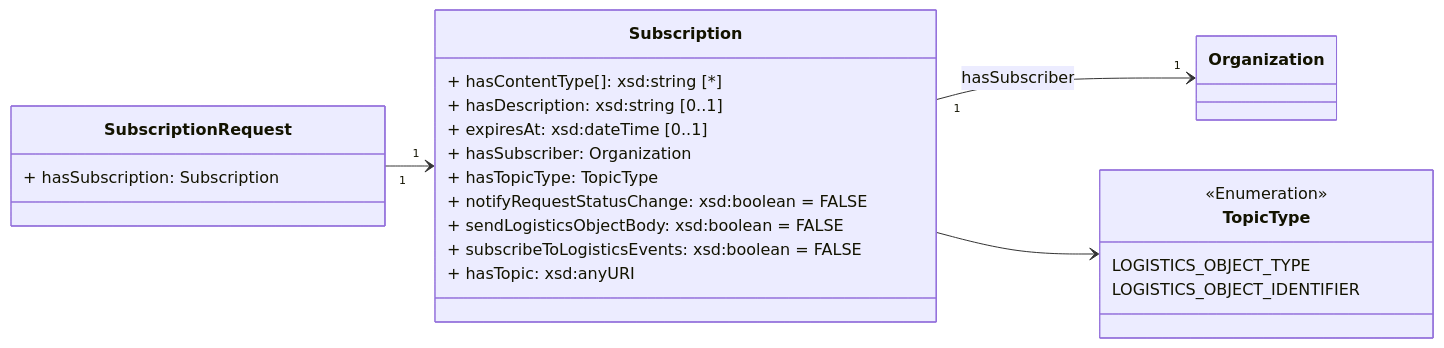
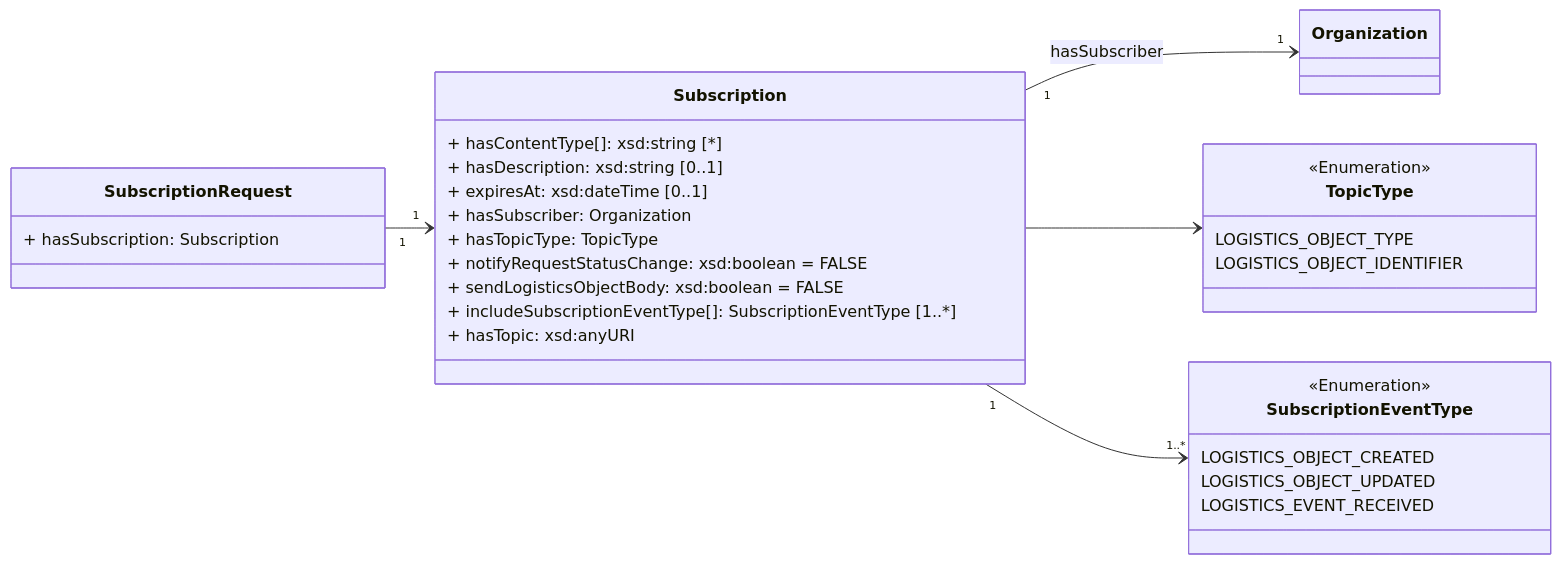
The first of 3 diagrams in working_draft/API/docs/subscriptions.md (ddoeppner/ONE-Record), drawn with Mermaid before and after one commit. The commit also changed other lines of this file and 19 other files, not shown here.

Commit message:
Add includeSubscriptionEventType to subscription

````diff
--- a/working_draft/API/docs/subscriptions.md
+++ b/working_draft/API/docs/subscriptions.md
@@ -25,32 +25,40 @@
 ```mermaid
 classDiagram
     direction LR
 
     class Organization{
     }
 
     class SubscriptionRequest{
         + hasSubscription: Subscription
     }   
     SubscriptionRequest "1" --> "1" Subscription
 
     class Subscription{        
         + hasContentType[]: xsd:string [*]
         + hasDescription: xsd:string [0..1]
         + expiresAt: xsd:dateTime [0..1]                                
         + hasSubscriber: Organization        
         + hasTopicType: TopicType        
-                + notifyRequestStatusChange: xsd:boolean = FALSE
-        + sendLogisticsObjectBody: xsd:boolean = FALSE        
-        + subscribeToLogisticsEvents: xsd:boolean = FALSE
+        + notifyRequestStatusChange: xsd:boolean = FALSE
+        + sendLogisticsObjectBody: xsd:boolean = FALSE 
+        + includeSubscriptionEventType[]: SubscriptionEventType [1..*]     
         + hasTopic: xsd:anyURI        
     }    
     Subscription "1" --> "1" Organization: hasSubscriber
     Subscription --> TopicType
+    Subscription "1" --> "1..*" SubscriptionEventType
 
     class TopicType{
         <<Enumeration>>
         LOGISTICS_OBJECT_TYPE
         LOGISTICS_OBJECT_IDENTIFIER
     }
+
+    class SubscriptionEventType{
+        <<Enumeration>>
+        LOGISTICS_OBJECT_CREATED
+        LOGISTICS_OBJECT_UPDATED
+        LOGISTICS_EVENT_RECEIVED
+    }
 ```
````
